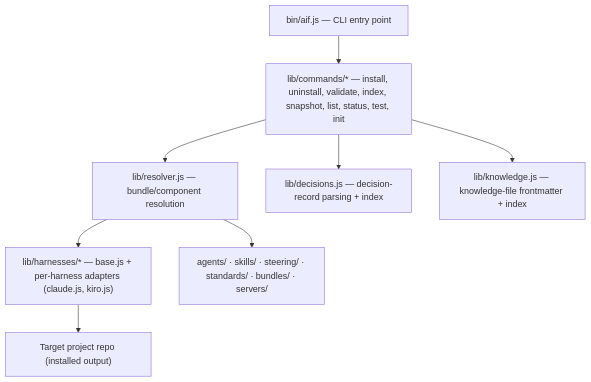
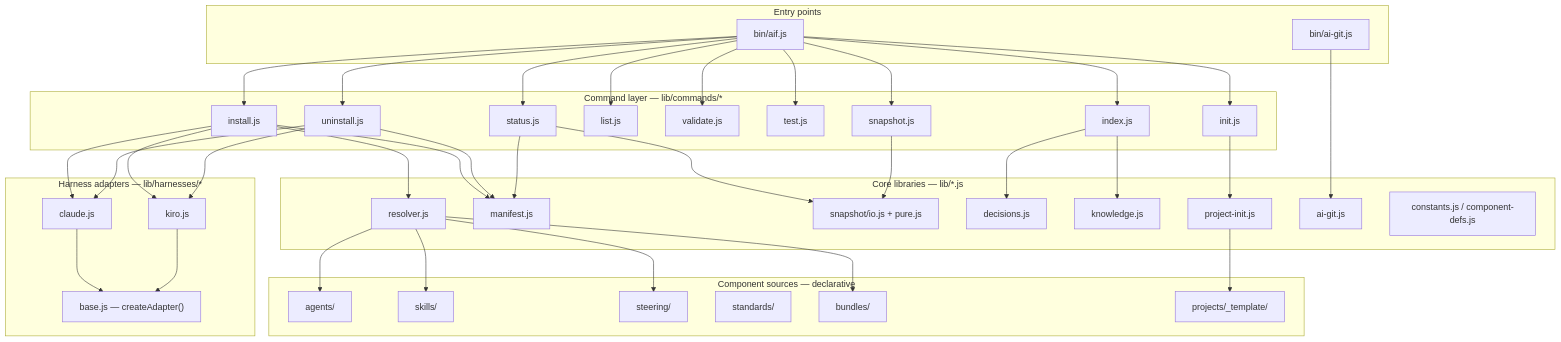
The diagram in docs/architecture/05_building_blocks.md (starvoxel/ai-foundation), drawn with Mermaid before and after one commit. The commit also changed other lines of this file and 5 other files, not shown here.

````diff
--- a/docs/architecture/05_building_blocks.md
+++ b/docs/architecture/05_building_blocks.md
@@ -19,19 +20,71 @@
 ```mermaid
 graph TD
-  CLI["bin/aif.js — CLI entry point"]
-  Commands["lib/commands/* — install, uninstall, validate, index, snapshot, list, status, test, init"]
-  Resolver["lib/resolver.js — bundle/component resolution"]
-  Harnesses["lib/harnesses/* — base.js + per-harness adapters (claude.js, kiro.js)"]
-  Decisions["lib/decisions.js — decision-record parsing + index"]
-  Knowledge["lib/knowledge.js — knowledge-file frontmatter + index"]
-  Sources["agents/ · skills/ · steering/ · standards/ · bundles/ · servers/"]
-  Target["Target project repo (installed output)"]
+  subgraph Entry["Entry points"]
+    CLI["bin/aif.js"]
+    GitCLI["bin/ai-git.js"]
+  end
 
-  CLI --> Commands
-  Commands --> Resolver
-  Commands --> Decisions
-  Commands --> Knowledge
-  Resolver --> Sources
-  Resolver --> Harnesses
-  Harnesses --> Target
+  subgraph Commands["Command layer — lib/commands/*"]
+    Install["install.js"]
+    Uninstall["uninstall.js"]
+    Status["status.js"]
+    List["list.js"]
+    Validate["validate.js"]
+    Test["test.js"]
+    Snapshot["snapshot.js"]
+    Index["index.js"]
+    Init["init.js"]
+  end
+
+  subgraph Core["Core libraries — lib/*.js"]
+    Resolver["resolver.js"]
+    Manifest["manifest.js"]
+    SnapLib["snapshot/io.js + pure.js"]
+    Decisions["decisions.js"]
+    Knowledge["knowledge.js"]
+    ProjInit["project-init.js"]
+    AiGitLib["ai-git.js"]
+    Const["constants.js / component-defs.js"]
+  end
+
+  subgraph Harnesses["Harness adapters — lib/harnesses/*"]
+    Base["base.js — createAdapter()"]
+    Claude["claude.js"]
+    Kiro["kiro.js"]
+  end
+
+  subgraph Sources["Component sources — declarative"]
+    Agents["agents/"]
+    Skills["skills/"]
+    Steering["steering/"]
+    Standards["standards/"]
+    Bundles["bundles/"]
+    Template["projects/_template/"]
+  end
+
+  CLI --> Install & Uninstall & Status & List & Validate & Test & Snapshot & Index & Init
+  GitCLI --> AiGitLib
+
+  Install --> Resolver
+  Install --> Claude
+  Install --> Kiro
+  Install --> Manifest
+  Uninstall --> Manifest
+  Uninstall --> Claude
+  Uninstall --> Kiro
+  Status --> Manifest
+  Status --> SnapLib
+  Snapshot --> SnapLib
+  Index --> Decisions
+  Index --> Knowledge
+  Init --> ProjInit
+  ProjInit --> Template
+
+  Claude --> Base
+  Kiro --> Base
+
+  Resolver --> Agents
+  Resolver --> Skills
+  Resolver --> Steering
+  Resolver --> Bundles
 ```
````
